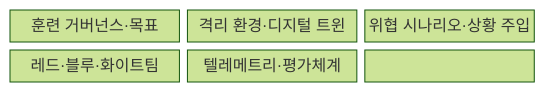
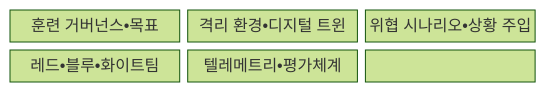
Before and after one commit to agnusdei1207/knowledge-base: the first of 2 diagrams in src/content/docs/notes/05-security/123_cyber_range_training.md, drawn with Mermaid (forest theme). The commit also changed other lines of this file and 953 other files, not shown here.

````diff
--- a/src/content/docs/notes/05-security/123_cyber_range_training.md
+++ b/src/content/docs/notes/05-security/123_cyber_range_training.md
@@ -66,11 +66,11 @@
 ```mermaid
 block-beta
   columns 3
-  G["훈련 거버넌스·목표"]
-  E["격리 환경·디지털 트윈"]
-  S["위협 시나리오·상황 주입"]
-  T["레드·블루·화이트팀"]
-  M["텔레메트리·평가체계"]
+  G["훈련 거버넌스•목표"]
+  E["격리 환경•디지털 트윈"]
+  S["위협 시나리오•상황 주입"]
+  T["레드•블루•화이트팀"]
+  M["텔레메트리•평가체계"]
   G --- E --- S
   S --- T --- M
 ```
````
